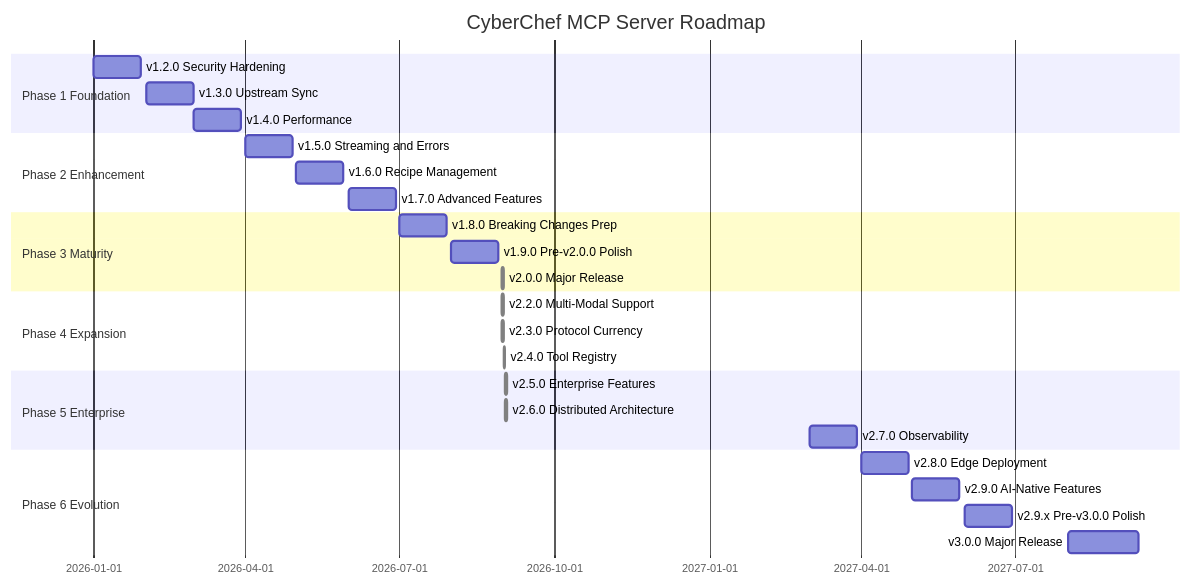
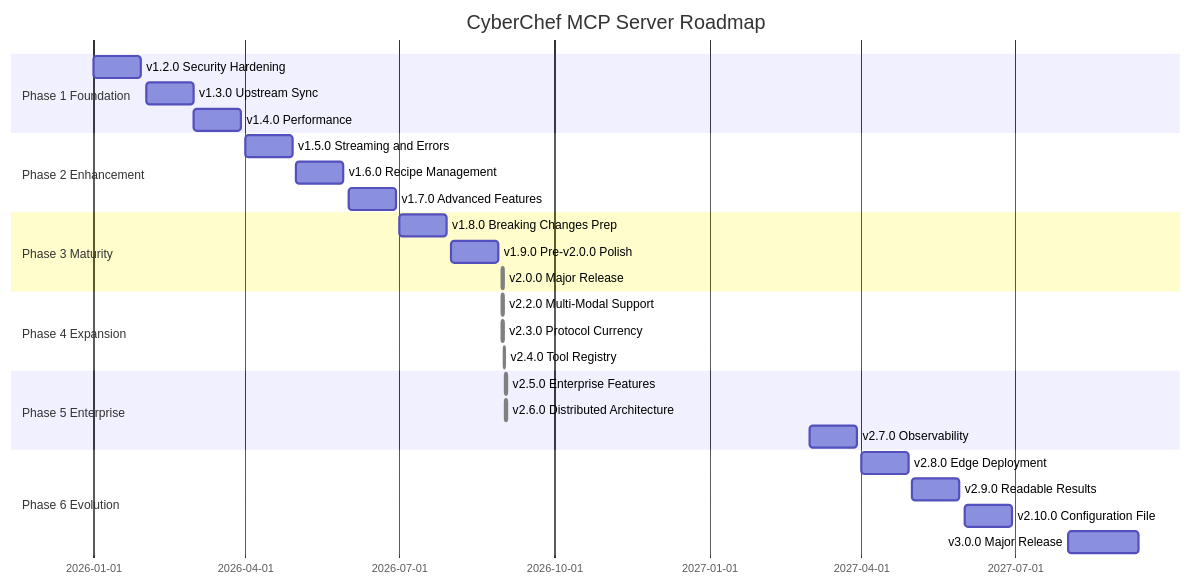
The diagram in docs/planning/ROADMAP.md (doublegate/CyberChef-MCP), drawn with Mermaid before and after one commit. The commit also changed other lines of this file and 3 other files, not shown here.

First line of the commit message:
docs(v2.10.0): release notes, changelog, and the roadmap this release contradicts

````diff
--- a/docs/planning/ROADMAP.md
+++ b/docs/planning/ROADMAP.md
@@ -46,30 +55,30 @@
 ```mermaid
 gantt
     title CyberChef MCP Server Roadmap
     dateFormat YYYY-MM-DD
     section Phase 1 Foundation
     v1.2.0 Security Hardening           :2026-01-01, 4w
     v1.3.0 Upstream Sync                :2026-02-01, 4w
     v1.4.0 Performance                  :2026-03-01, 4w
     section Phase 2 Enhancement
     v1.5.0 Streaming and Errors         :2026-04-01, 4w
     v1.6.0 Recipe Management            :2026-05-01, 4w
     v1.7.0 Advanced Features            :2026-06-01, 4w
     section Phase 3 Maturity
     v1.8.0 Breaking Changes Prep        :2026-07-01, 4w
     v1.9.0 Pre-v2.0.0 Polish            :2026-08-01, 4w
     v2.0.0 Major Release                :done, 2026-08-31, 1d
     section Phase 4 Expansion
     v2.2.0 Multi-Modal Support          :done, 2026-08-31, 1d
     v2.3.0 Protocol Currency            :done, 2026-08-31, 1d
     v2.4.0 Tool Registry                :done, 2026-09-01, 1d
     section Phase 5 Enterprise
     v2.5.0 Enterprise Features          :done, 2026-09-02, 1d
     v2.6.0 Distributed Architecture     :done, 2026-09-02, 1d
     v2.7.0 Observability                :2027-03-01, 4w
     section Phase 6 Evolution
     v2.8.0 Edge Deployment              :2027-04-01, 4w
-    v2.9.0 AI-Native Features           :2027-05-01, 4w
-    v2.9.x Pre-v3.0.0 Polish            :2027-06-01, 4w
+    v2.9.0 Readable Results             :2027-05-01, 4w
+    v2.10.0 Configuration File          :2027-06-01, 4w
     v3.0.0 Major Release                :2027-08-01, 6w
 ```
````
